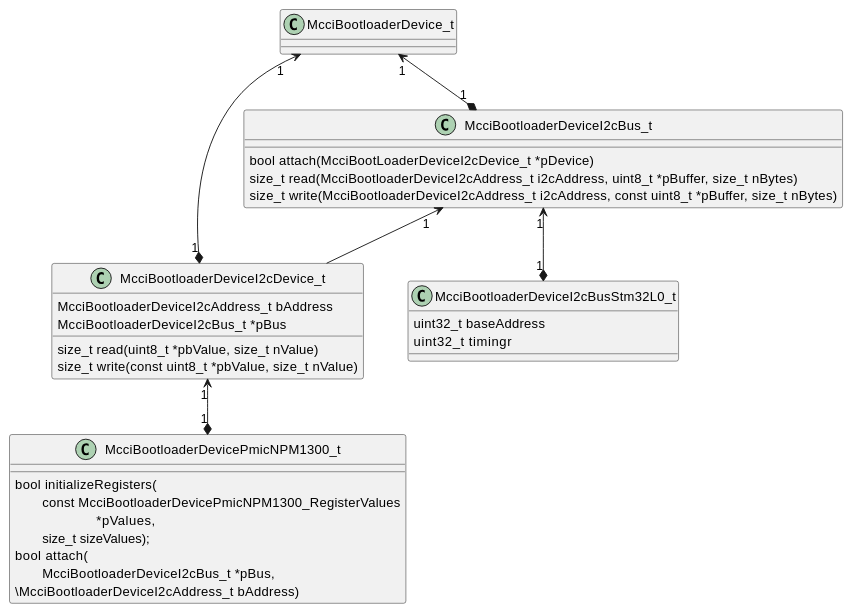
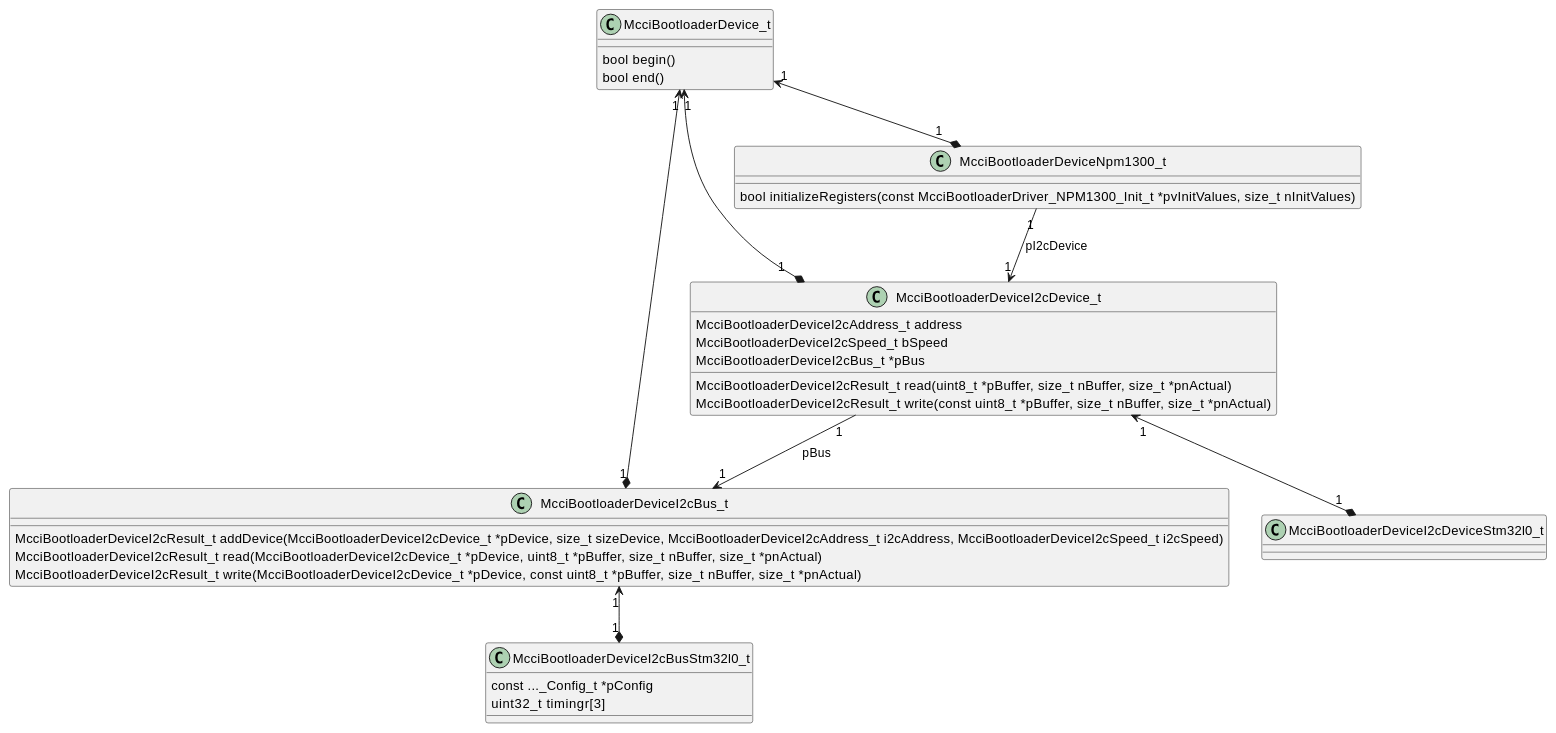
One commit to mcci-catena/bootloader changed the diagram in platform/soc/stm32l0/README.md. Above: the diagram before and after it, drawn with PlantUML. The commit also changed other lines of this file and 1 other file, not shown here.

First line of the commit message:
doc: harmonize stm32l0 I2C README with shipped driver

````diff
--- a/platform/soc/stm32l0/README.md
+++ b/platform/soc/stm32l0/README.md
@@ -110,34 +112,38 @@
 ```plantuml
 @startuml
 class McciBootloaderDevice_t
 class McciBootloaderDeviceI2cBus_t
 class McciBootloaderDeviceI2cDevice_t
-class McciBootloaderDevicePmicNPM1300_t
-class McciBootloaderDeviceI2cBusStm32L0_t
-class McciBootloaderDevicePmicNPM1300_t
+class McciBootloaderDeviceNpm1300_t
+class McciBootloaderDeviceI2cBusStm32l0_t
+class McciBootloaderDeviceI2cDeviceStm32l0_t
 
 McciBootloaderDevice_t "1" <--* "1" McciBootloaderDeviceI2cBus_t
-
-McciBootloaderDeviceI2cBus_t "1" <--* "1" McciBootloaderDeviceI2cBusStm32L0_t
-
-McciBootloaderDeviceI2cBus_t "1" <-- McciBootloaderDeviceI2cDevice_t
+McciBootloaderDeviceI2cBus_t "1" <--* "1" McciBootloaderDeviceI2cBusStm32l0_t
 
 McciBootloaderDevice_t "1" <--* "1" McciBootloaderDeviceI2cDevice_t
-McciBootloaderDeviceI2cDevice_t "1" <--* "1" McciBootloaderDevicePmicNPM1300_t
+McciBootloaderDeviceI2cDevice_t "1" <--* "1" McciBootloaderDeviceI2cDeviceStm32l0_t
+McciBootloaderDeviceI2cDevice_t "1" --> "1" McciBootloaderDeviceI2cBus_t : pBus
 
-McciBootloaderDeviceI2cBus_t : bool attach(McciBootLoaderDeviceI2cDevice_t *pDevice)
-McciBootloaderDeviceI2cBus_t : size_t read(McciBootloaderDeviceI2cAddress_t i2cAddress, uint8_t *pBuffer, size_t nBytes)
-McciBootloaderDeviceI2cBus_t : size_t write(McciBootloaderDeviceI2cAddress_t i2cAddress, const uint8_t *pBuffer, size_t nBytes)
+McciBootloaderDevice_t "1" <--* "1" McciBootloaderDeviceNpm1300_t
+McciBootloaderDeviceNpm1300_t "1" --> "1" McciBootloaderDeviceI2cDevice_t : pI2cDevice
 
-McciBootloaderDeviceI2cBusStm32L0_t : uint32_t baseAddress
-McciBootloaderDeviceI2cBusStm32L0_t : uint32_t timingr
+McciBootloaderDevice_t : bool begin()
+McciBootloaderDevice_t : bool end()
 
-McciBootloaderDeviceI2cDevice_t : McciBootloaderDeviceI2cAddress_t bAddress
+McciBootloaderDeviceI2cBus_t : McciBootloaderDeviceI2cResult_t addDevice(McciBootloaderDeviceI2cDevice_t *pDevice, size_t sizeDevice, McciBootloaderDeviceI2cAddress_t i2cAddress, McciBootloaderDeviceI2cSpeed_t i2cSpeed)
+McciBootloaderDeviceI2cBus_t : McciBootloaderDeviceI2cResult_t read(McciBootloaderDeviceI2cDevice_t *pDevice, uint8_t *pBuffer, size_t nBuffer, size_t *pnActual)
+McciBootloaderDeviceI2cBus_t : McciBootloaderDeviceI2cResult_t write(McciBootloaderDeviceI2cDevice_t *pDevice, const uint8_t *pBuffer, size_t nBuffer, size_t *pnActual)
+
+McciBootloaderDeviceI2cBusStm32l0_t : const ..._Config_t *pConfig
+McciBootloaderDeviceI2cBusStm32l0_t : uint32_t timingr[3]
+
+McciBootloaderDeviceI2cDevice_t : McciBootloaderDeviceI2cAddress_t address
+McciBootloaderDeviceI2cDevice_t : McciBootloaderDeviceI2cSpeed_t bSpeed
 McciBootloaderDeviceI2cDevice_t : McciBootloaderDeviceI2cBus_t *pBus
-McciBootloaderDeviceI2cDevice_t : size_t read(uint8_t *pbValue, size_t nValue)
-McciBootloaderDeviceI2cDevice_t : size_t write(const uint8_t *pbValue, size_t nValue)
+McciBootloaderDeviceI2cDevice_t : McciBootloaderDeviceI2cResult_t read(uint8_t *pBuffer, size_t nBuffer, size_t *pnActual)
+McciBootloaderDeviceI2cDevice_t : McciBootloaderDeviceI2cResult_t write(const uint8_t *pBuffer, size_t nBuffer, size_t *pnActual)
 
-McciBootloaderDevicePmicNPM1300_t : bool initializeRegisters(\n\tconst McciBootloaderDevicePmicNPM1300_RegisterValues\n\t\t\t*pValues,\n\tsize_t sizeValues);
-McciBootloaderDevicePmicNPM1300_t : bool attach(\n\tMcciBootloaderDeviceI2cBus_t *pBus,\n\McciBootloaderDeviceI2cAddress_t bAddress)
+McciBootloaderDeviceNpm1300_t : bool initializeRegisters(const McciBootloaderDriver_NPM1300_Init_t *pvInitValues, size_t nInitValues)
 @enduml
 ```
````
